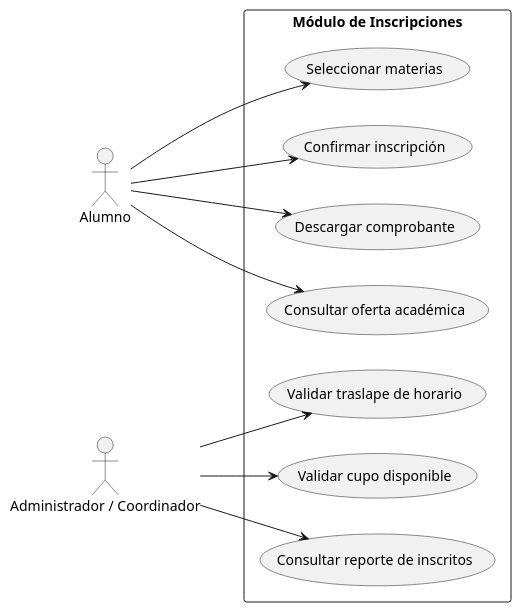
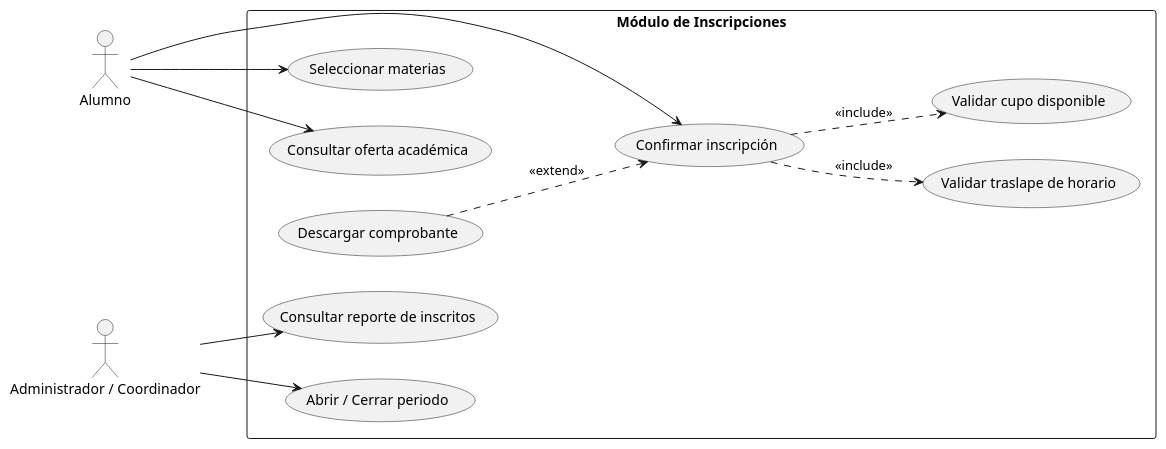
Before and after one commit to hectorgarciamny/26b_is1_proyecto-final: the diagram in modulos/modulo-inscripciones.md, drawn with PlantUML. The commit also changed other lines of this file, not shown here.

Commit message:
Implementar actores, requerimientos funcionales y no funcionales y codigo fuente del diagrama UML de casos de uso en el modulo de inscripciones

```diff
--- a/modulos/modulo-inscripciones.md
+++ b/modulos/modulo-inscripciones.md
@@ -37,26 +38,30 @@
 @startuml
 left to right direction
 
 actor "Alumno" as alumno
 actor "Administrador / Coordinador" as admin
 
 rectangle "Módulo de Inscripciones" {
 usecase "Consultar oferta académica" as UC1
 usecase "Seleccionar materias" as UC2
 usecase "Confirmar inscripción" as UC3
 usecase "Validar traslape de horario" as UC4
 usecase "Validar cupo disponible" as UC5
 usecase "Descargar comprobante" as UC6
-usecase "Consultar reporte de inscritos" as UC7
+usecase "Abrir / Cerrar periodo" as UC7
+usecase "Consultar reporte de inscritos" as UC8
 }
 
 alumno --> UC1
 alumno --> UC2
 alumno --> UC3
-alumno --> UC6
-admin --> UC4
-admin --> UC5
-admin --> UC7
+
+UC3 ..> UC4 : <<include>>
+UC3 ..> UC5 : <<include>>
+UC6 ..> UC3 : <<extend>>
 
 
+admin --> UC7
+admin --> UC8
+
 @enduml
```
